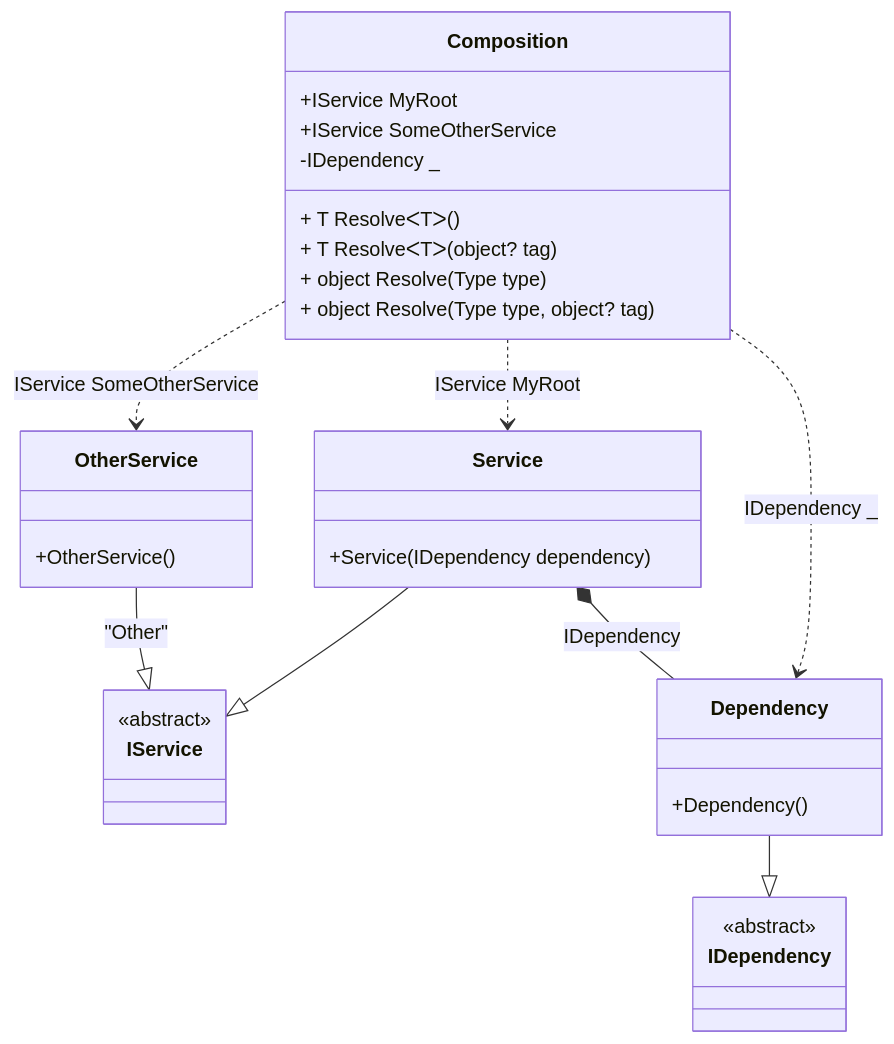
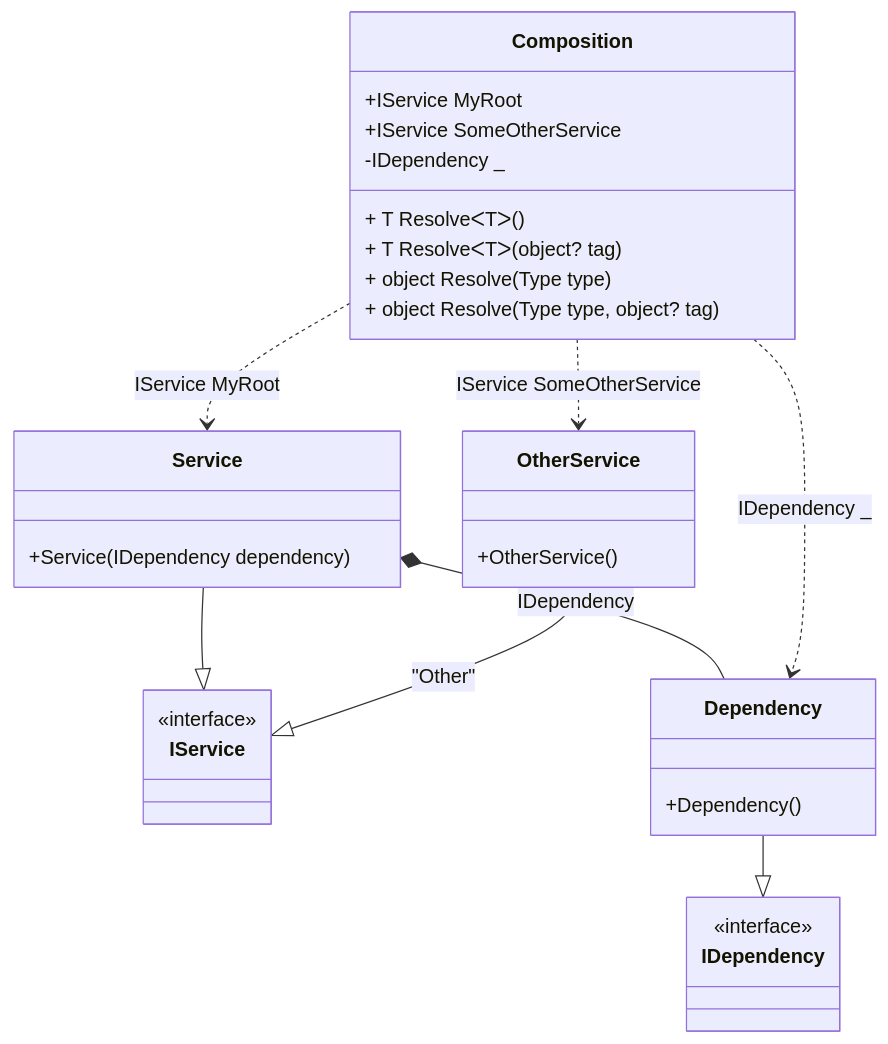
Before and after one commit to DevTeam/Pure.DI: the diagram in readme/composition-roots.md, drawn with Mermaid. The commit also changed other lines of this file and 113 other files, not shown here.

````diff
--- a/readme/composition-roots.md
+++ b/readme/composition-roots.md
@@ -69,34 +71,34 @@
 ```mermaid
 classDiagram
 	class Composition {
 		+IService MyRoot
 		+IService SomeOtherService
 		-IDependency _
 		+ T ResolveᐸTᐳ()
 		+ T ResolveᐸTᐳ(object? tag)
 		+ object Resolve(Type type)
 		+ object Resolve(Type type, object? tag)
 	}
 	Service --|> IService : 
 	class Service {
 		+Service(IDependency dependency)
 	}
 	OtherService --|> IService : "Other" 
 	class OtherService {
 		+OtherService()
 	}
 	Dependency --|> IDependency : 
 	class Dependency {
 		+Dependency()
 	}
 	class IService {
-		<<abstract>>
+		<<interface>>
 	}
 	class IDependency {
-		<<abstract>>
+		<<interface>>
 	}
 	Service *--  Dependency : IDependency
-	Composition ..> OtherService : IService SomeOtherService
 	Composition ..> Service : IService MyRoot
 	Composition ..> Dependency : IDependency _
+	Composition ..> OtherService : IService SomeOtherService
 ```
````
